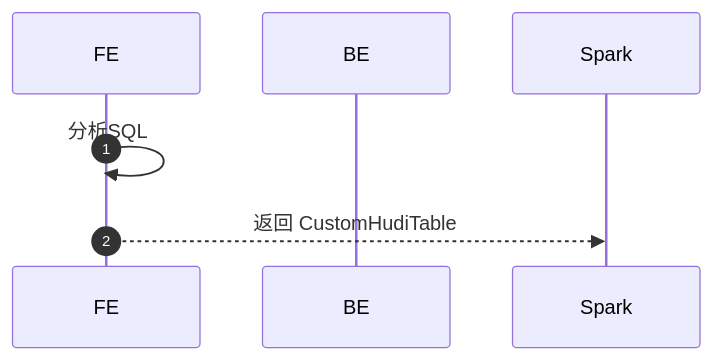
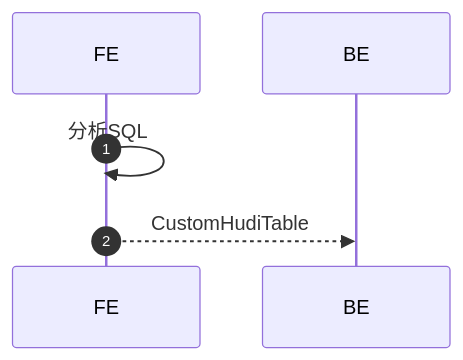
Before and after one commit to HY-10-8/iodraw-files: the diagram in all/Doris-写入数据.md, drawn with Mermaid.

Commit message:
2026-04-22 17:11:39 update

````diff
--- a/all/Doris-写入数据.md
+++ b/all/Doris-写入数据.md
@@ -1,10 +1,10 @@
 ```mermaid
 sequenceDiagram
     autonumber
 
     participant FE
     participant BE
 
     FE->>FE: 分析SQL
-    FE-->>Spark: 返回 CustomHudiTable
+    FE-->>BE:  CustomHudiTable
 ```
````
